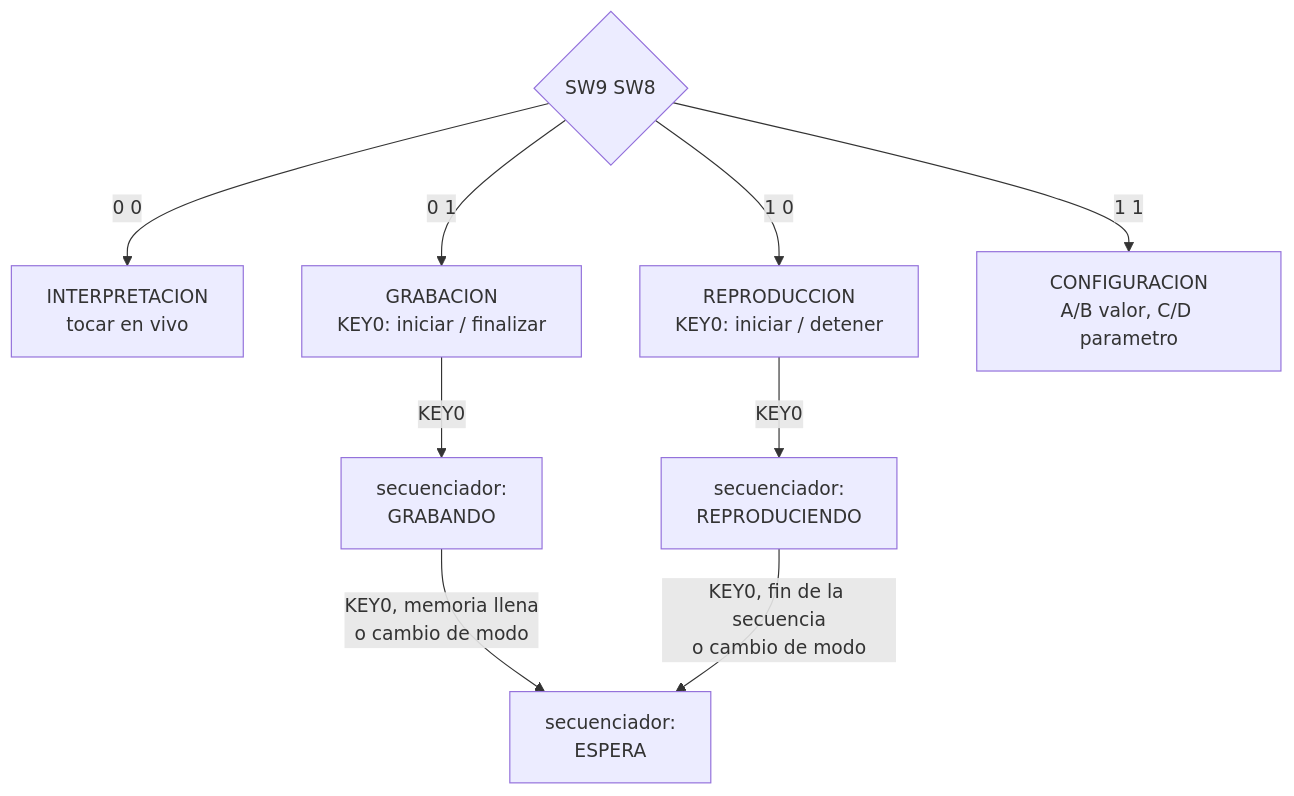
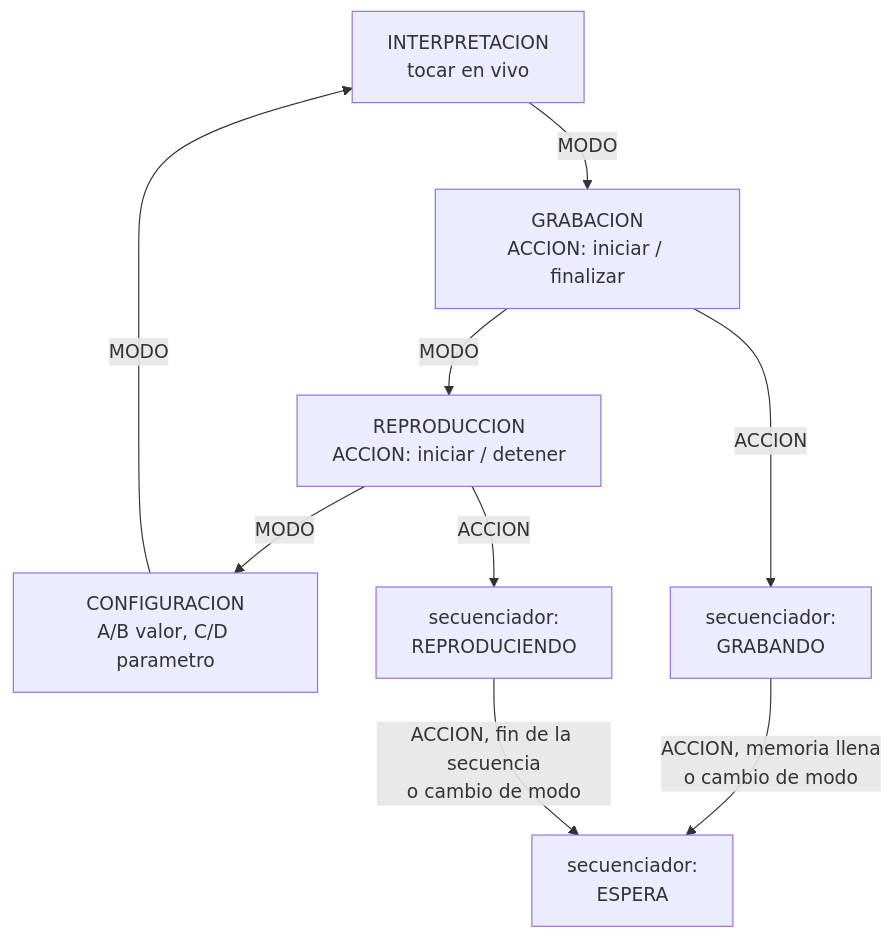
The diagram in docs/diagramas/modos.mmd (samisal123/robot-seguidor-luz-vlsi), drawn with Mermaid before and after one commit. The commit also changed 7 other files, not shown here.

Commit message:
diagramas de bloques y de modos y capturas VGA de 8 colores

```diff
--- a/docs/diagramas/modos.mmd
+++ b/docs/diagramas/modos.mmd
@@ -1,10 +1,9 @@
 flowchart TB
-    SW{"SW9 SW8"}
-    SW -- "0 0" --> INT["INTERPRETACION<br/>tocar en vivo"]
-    SW -- "0 1" --> GRA["GRABACION<br/>KEY0: iniciar / finalizar"]
-    SW -- "1 0" --> REP["REPRODUCCION<br/>KEY0: iniciar / detener"]
-    SW -- "1 1" --> CONF["CONFIGURACION<br/>A/B valor, C/D parametro"]
-    GRA -- "KEY0" --> SG["secuenciador:<br/>GRABANDO"]
-    REP -- "KEY0" --> SR["secuenciador:<br/>REPRODUCIENDO"]
-    SG -- "KEY0, memoria llena<br/>o cambio de modo" --> ESP["secuenciador:<br/>ESPERA"]
-    SR -- "KEY0, fin de la secuencia<br/>o cambio de modo" --> ESP
+    INT["INTERPRETACION<br/>tocar en vivo"] -- "MODO" --> GRA["GRABACION<br/>ACCION: iniciar / finalizar"]
+    GRA -- "MODO" --> REP["REPRODUCCION<br/>ACCION: iniciar / detener"]
+    REP -- "MODO" --> CONF["CONFIGURACION<br/>A/B valor, C/D parametro"]
+    CONF -- "MODO" --> INT
+    GRA -- "ACCION" --> SG["secuenciador:<br/>GRABANDO"]
+    REP -- "ACCION" --> SR["secuenciador:<br/>REPRODUCIENDO"]
+    SG -- "ACCION, memoria llena<br/>o cambio de modo" --> ESP["secuenciador:<br/>ESPERA"]
+    SR -- "ACCION, fin de la secuencia<br/>o cambio de modo" --> ESP
```
